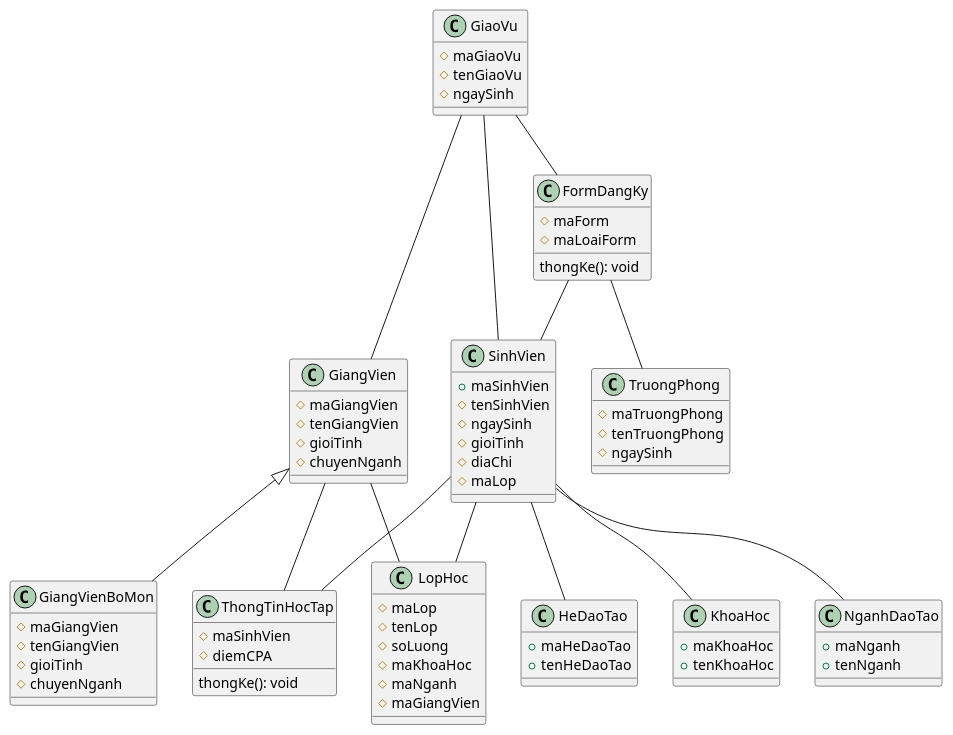
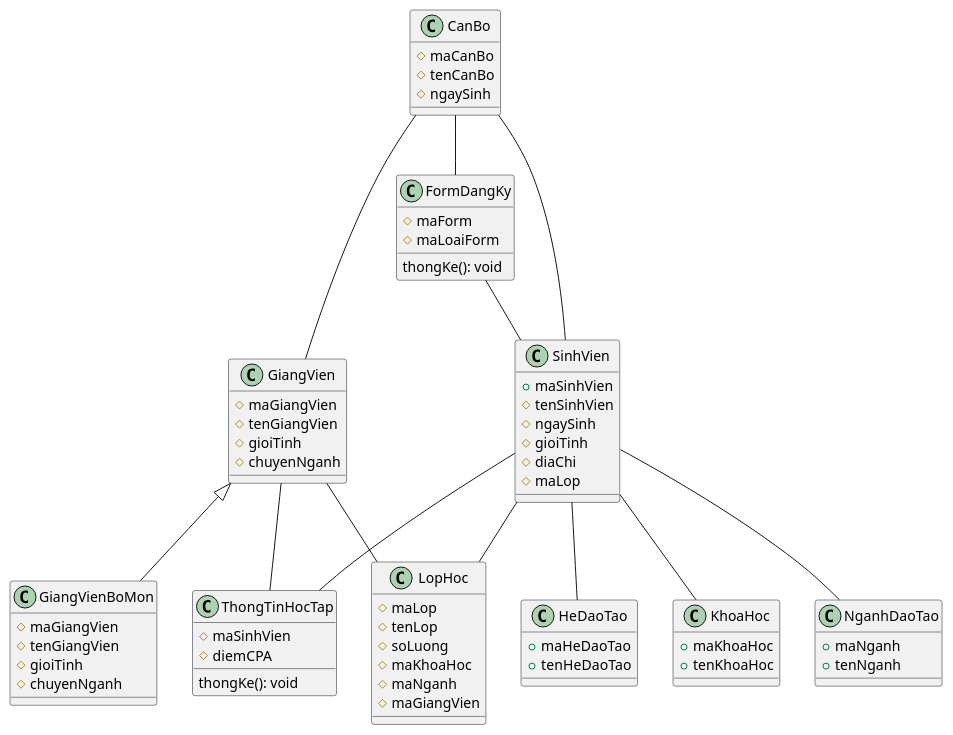
One commit to toroieno/HUST changed the diagram in DA_II/plantUML/class.wsd. Above: the diagram before and after it, drawn with PlantUML. The commit also changed 42 other files, not shown here.

```diff
--- a/DA_II/plantUML/class.wsd
+++ b/DA_II/plantUML/class.wsd
@@ -1,86 +1,80 @@
 @startuml class
 class SinhVien {
   +maSinhVien
   #tenSinhVien
   #ngaySinh
   #gioiTinh
   #diaChi
   #maLop
 }
 class ThongTinHocTap {
   #maSinhVien
   #diemCPA
   thongKe(): void
 }
 class HeDaoTao {
   +maHeDaoTao
   +tenHeDaoTao
 }
 class KhoaHoc {
   +maKhoaHoc
   +tenKhoaHoc
 }
 class NganhDaoTao {
   +maNganh
   +tenNganh
 }
 SinhVien -- ThongTinHocTap
 SinhVien -- HeDaoTao
 SinhVien -- KhoaHoc
 SinhVien -- NganhDaoTao
 
 class GiangVien {
   #maGiangVien
   #tenGiangVien
   #gioiTinh
   #chuyenNganh
 }
 GiangVien -- ThongTinHocTap
 GiangVien -- LopHoc
 
 class GiangVienBoMon {
   #maGiangVien
   #tenGiangVien
   #gioiTinh
   #chuyenNganh
 }
 class LopHoc {
   #maLop
   #tenLop
   #soLuong
   #maKhoaHoc
   #maNganh
   #maGiangVien
 }
 
-class TruongPhong {
-  #maTruongPhong
-  #tenTruongPhong
-  #ngaySinh
 
-}
-class GiaoVu {
-  #maGiaoVu
-  #tenGiaoVu
+class CanBo {
+  #maCanBo
+  #tenCanBo
   #ngaySinh
 
 }
 ' class Admin {
 
 ' }
 class FormDangKy {
   #maForm
   #maLoaiForm
   thongKe(): void
 }
 FormDangKy -- SinhVien
-FormDangKy -- TruongPhong
 
-GiaoVu -- SinhVien
-GiaoVu -- GiangVien
-GiaoVu -- FormDangKy
+CanBo -- SinhVien
+CanBo -- GiangVien
+CanBo -- FormDangKy
 SinhVien -- LopHoc
 
 GiangVien <|-- GiangVienBoMon
 
 @enduml
```
